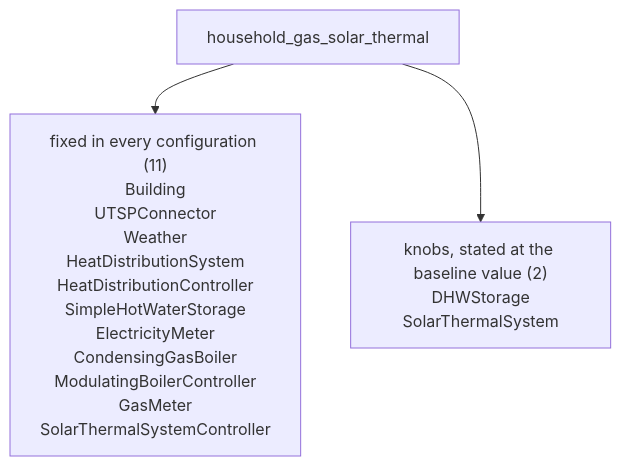
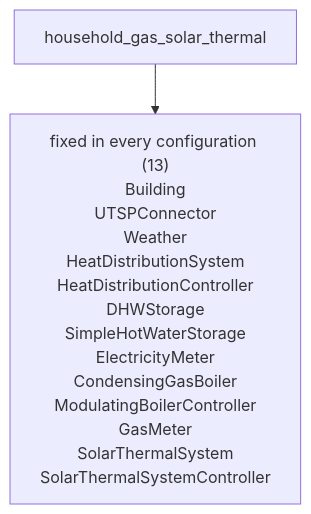
One commit to FZJ-IEK3-VSA/HiSim changed the fourth of 22 diagrams in roadmap/declarative_energy_systems/grouping_overview.md. Above: the diagram before and after it, drawn with Mermaid. The commit also changed other lines of this file and 2 other files, not shown here.

First line of the commit message:
The P4 plan ticks the batches the stack executed, and the gas-solar grouping table drops two uniform rows (#765)

````diff
--- a/roadmap/declarative_energy_systems/grouping_overview.md
+++ b/roadmap/declarative_energy_systems/grouping_overview.md
@@ -216,9 +216,7 @@
 ```mermaid
 flowchart TD
     setup["household_gas_solar_thermal"]
-    fixed["fixed in every configuration (11)<br/>Building<br/>UTSPConnector<br/>Weather<br/>HeatDistributionSystem<br/>HeatDistributionController<br/>SimpleHotWaterStorage<br/>ElectricityMeter<br/>CondensingGasBoiler<br/>ModulatingBoilerController<br/>GasMeter<br/>SolarThermalSystemController"]
-    knobs["knobs, stated at the baseline value (2)<br/>DHWStorage<br/>SolarThermalSystem"]
+    fixed["fixed in every configuration (13)<br/>Building<br/>UTSPConnector<br/>Weather<br/>HeatDistributionSystem<br/>HeatDistributionController<br/>DHWStorage<br/>SimpleHotWaterStorage<br/>ElectricityMeter<br/>CondensingGasBoiler<br/>ModulatingBoilerController<br/>GasMeter<br/>SolarThermalSystem<br/>SolarThermalSystemController"]
 
     setup --> fixed
-    setup --> knobs
 ```
````
